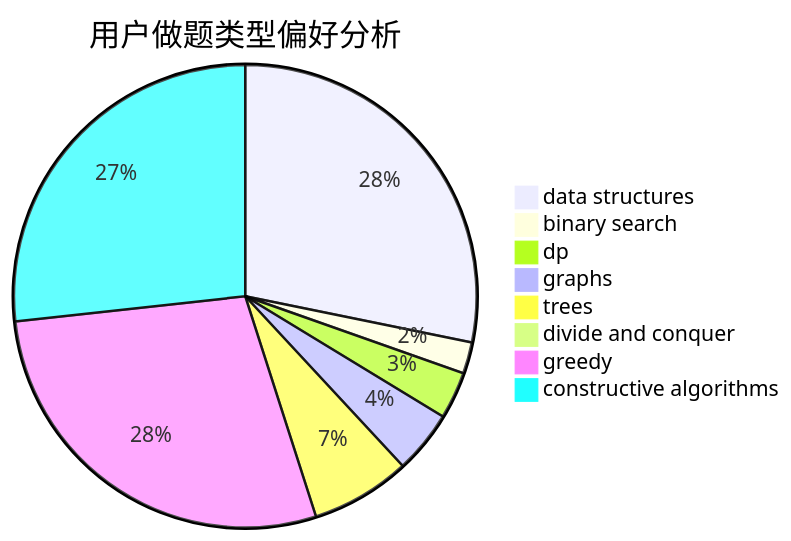
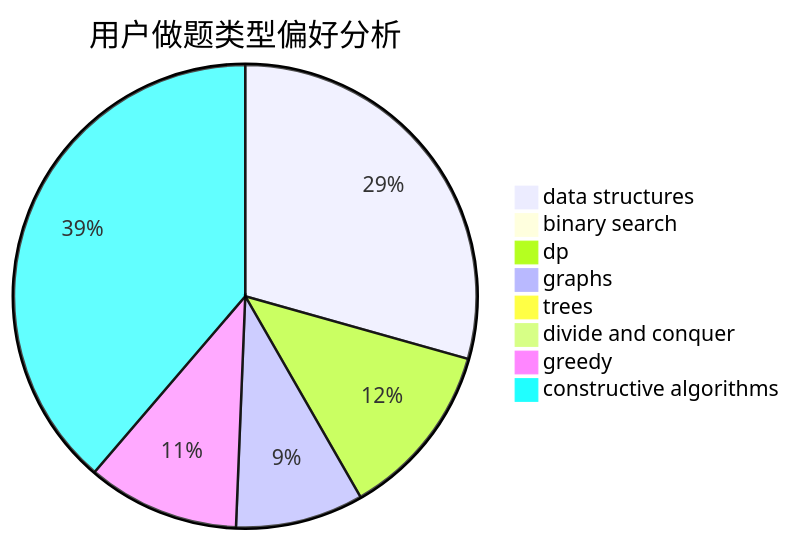
Before and after one commit to sherpahu/cfrs.github.io: the second of 3 diagrams in docs/user/u1731.md, drawn with Mermaid. The commit also changed other lines of this file and 2770 other files, not shown here.

````diff
--- a/docs/user/u1731.md
+++ b/docs/user/u1731.md
@@ -23,11 +23,11 @@
 ```mermaid
 pie title 用户做题类型偏好分析
-    "data structures" :  77
-    "binary search" :  6
-    "dp" :  9
-    "graphs" :  12
-    "trees" :  19
+    "data structures" :  69
+    "binary search" :  1
+    "dp" :  29
+    "graphs" :  21
+    "trees" :  0
     "divide and conquer" :  0
-    "greedy" :  77
-    "constructive algorithms" :  73
+    "greedy" :  25
+    "constructive algorithms" :  91
 ```
````
